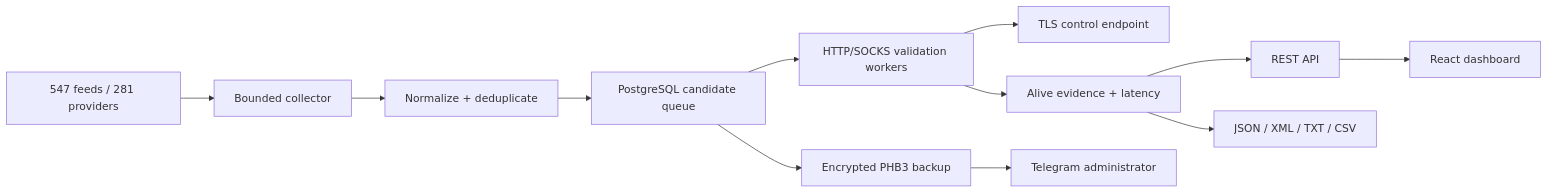
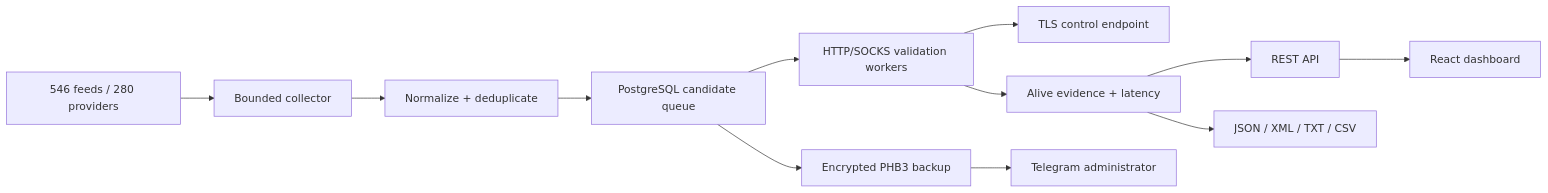
Before and after one commit to Xsenus/ProxyHarbor: the diagram in README.md, drawn with Mermaid. The commit also changed other lines of this file and 77 other files, not shown here.

````diff
--- a/README.md
+++ b/README.md
@@ -48,14 +48,14 @@
 ```mermaid
 flowchart LR
-    A["547 feeds / 281 providers"] --> B["Bounded collector"]
+    A["546 feeds / 280 providers"] --> B["Bounded collector"]
     B --> C["Normalize + deduplicate"]
     C --> D["PostgreSQL candidate queue"]
     D --> E["HTTP/SOCKS validation workers"]
     E --> F["TLS control endpoint"]
     E --> G["Alive evidence + latency"]
     G --> H["REST API"]
     G --> I["JSON / XML / TXT / CSV"]
     H --> J["React dashboard"]
     D --> K["Encrypted PHB3 backup"]
     K --> L["Telegram administrator"]
 ```
````
